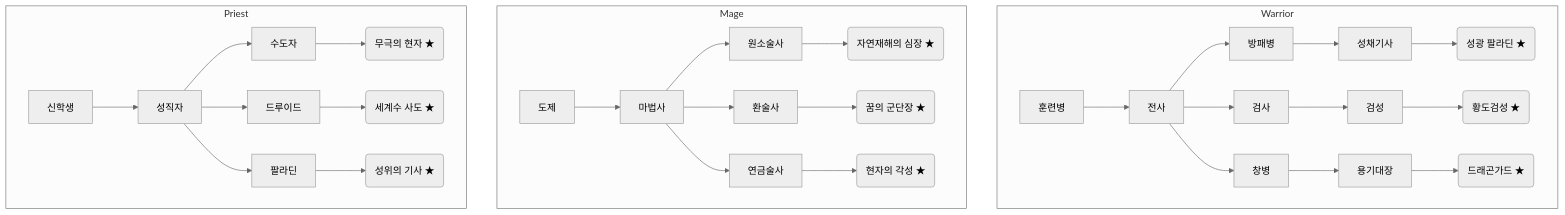
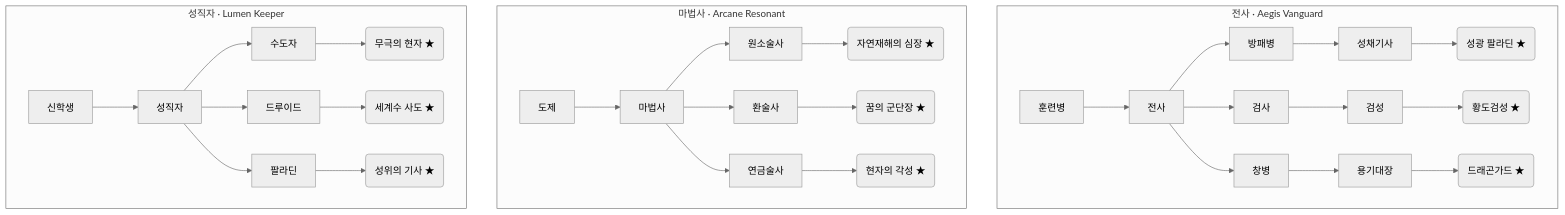
The diagram in docs/class_trinity_weights.md (ioas0316-cloud/elysia_seed), drawn with Mermaid (neutral theme) before and after one commit. The commit also changed other lines of this file and 3 other files, not shown here.

````diff
--- a/docs/class_trinity_weights.md
+++ b/docs/class_trinity_weights.md
@@ -224,29 +224,29 @@
 ```mermaid
 graph TD
-  subgraph Warrior
+  subgraph "전사 · Aegis Vanguard"
     W0[훈련병] --> W1[전사]
     W1 --> W2a[방패병]
     W1 --> W2b[검사]
     W1 --> W2c[창병]
     W2a --> W3a[성채기사]
     W3a --> W4a(성광 팔라딘 ★)
     W2b --> W3b[검성]
     W3b --> W4b(황도검성 ★)
     W2c --> W3c[용기대장]
     W3c --> W4c(드래곤가드 ★)
   end
 
-  subgraph Mage
+  subgraph "마법사 · Arcane Resonant"
     M0[도제] --> M1[마법사]
     M1 --> M2a[원소술사] --> M3a(자연재해의 심장 ★)
     M1 --> M2b[환술사] --> M3b(꿈의 군단장 ★)
     M1 --> M2c[연금술사] --> M3c(현자의 각성 ★)
   end
 
-  subgraph Priest
+  subgraph "성직자 · Lumen Keeper"
     P0[신학생] --> P1[성직자]
     P1 --> P2a[수도자] --> P3a(무극의 현자 ★)
     P1 --> P2b[드루이드] --> P3b(세계수 사도 ★)
     P1 --> P2c[팔라딘] --> P3c(성위의 기사 ★)
   end
 ```
````
